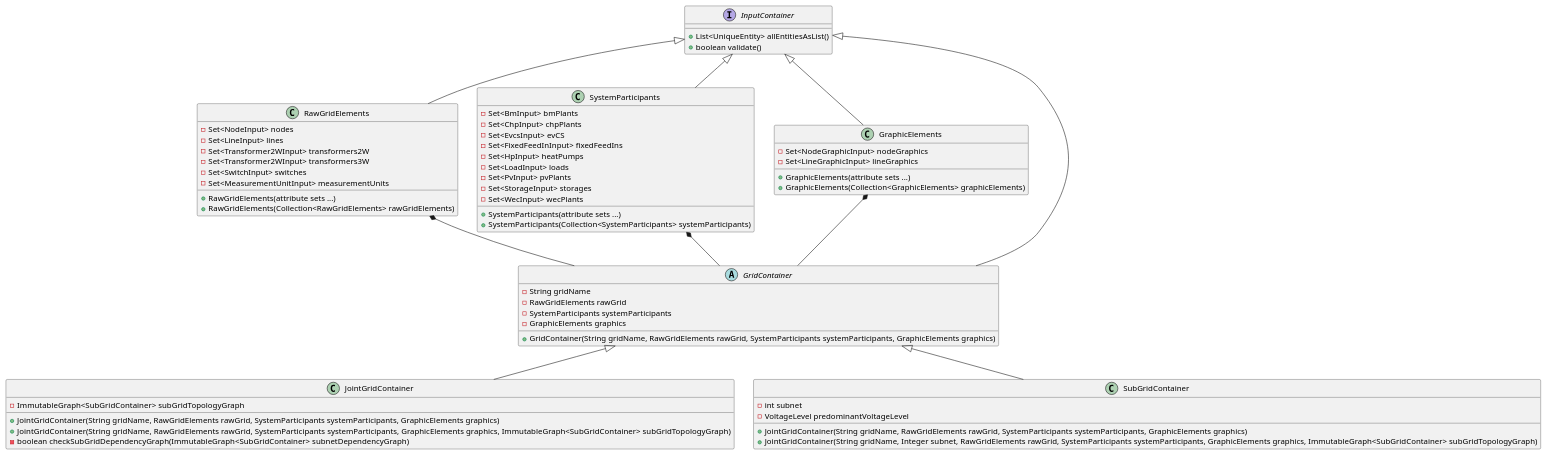
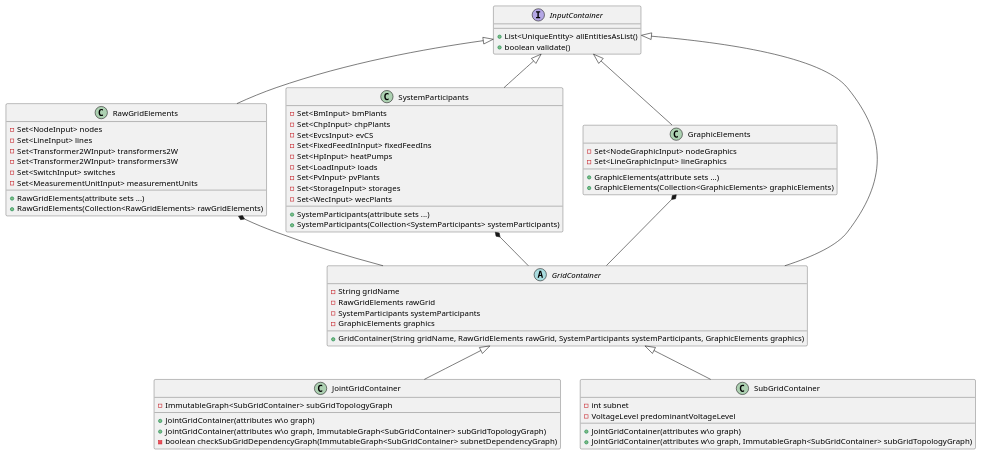
The diagram in docs/uml/ModelContainerConcept.puml (ie3-institute/PowerSystemDataModel), drawn with PlantUML before and after one commit. The commit also changed 9 other files, not shown here.

```diff
--- a/docs/uml/ModelContainerConcept.puml
+++ b/docs/uml/ModelContainerConcept.puml
@@ -1,69 +1,69 @@
 @startuml
 Interface InputContainer {
     + List<UniqueEntity> allEntitiesAsList()
     + boolean validate()
 }
 
 Class RawGridElements {
     - Set<NodeInput> nodes
     - Set<LineInput> lines
     - Set<Transformer2WInput> transformers2W
     - Set<Transformer2WInput> transformers3W
     - Set<SwitchInput> switches
     - Set<MeasurementUnitInput> measurementUnits
     + RawGridElements(attribute sets ...)
     + RawGridElements(Collection<RawGridElements> rawGridElements)
 }
 InputContainer <|-- RawGridElements
 
 Class SystemParticipants {
   - Set<BmInput> bmPlants
   - Set<ChpInput> chpPlants
   - Set<EvcsInput> evCS
   - Set<FixedFeedInInput> fixedFeedIns
   - Set<HpInput> heatPumps
   - Set<LoadInput> loads
   - Set<PvInput> pvPlants
   - Set<StorageInput> storages
   - Set<WecInput> wecPlants
   + SystemParticipants(attribute sets ...)
   + SystemParticipants(Collection<SystemParticipants> systemParticipants)
 }
 InputContainer <|-- SystemParticipants
 
 Class GraphicElements {
   - Set<NodeGraphicInput> nodeGraphics
   - Set<LineGraphicInput> lineGraphics
   + GraphicElements(attribute sets ...)
   + GraphicElements(Collection<GraphicElements> graphicElements)
 }
 InputContainer <|-- GraphicElements
 
 Abstract Class GridContainer {
   - String gridName
   - RawGridElements rawGrid
   - SystemParticipants systemParticipants
   - GraphicElements graphics
   + GridContainer(String gridName, RawGridElements rawGrid, SystemParticipants systemParticipants, GraphicElements graphics)
 }
 InputContainer <|-- GridContainer
 RawGridElements *-- GridContainer
 SystemParticipants *-- GridContainer
 GraphicElements *-- GridContainer
 
 Class JointGridContainer {
   - ImmutableGraph<SubGridContainer> subGridTopologyGraph
-  + JointGridContainer(String gridName, RawGridElements rawGrid, SystemParticipants systemParticipants, GraphicElements graphics)
-  + JointGridContainer(String gridName, RawGridElements rawGrid, SystemParticipants systemParticipants, GraphicElements graphics, ImmutableGraph<SubGridContainer> subGridTopologyGraph)
+  + JointGridContainer(attributes w\o graph)
+  + JointGridContainer(attributes w\o graph, ImmutableGraph<SubGridContainer> subGridTopologyGraph)
   - boolean checkSubGridDependencyGraph(ImmutableGraph<SubGridContainer> subnetDependencyGraph)
 }
 GridContainer <|-- JointGridContainer
 
 Class SubGridContainer{
   - int subnet
   - VoltageLevel predominantVoltageLevel
-  + JointGridContainer(String gridName, RawGridElements rawGrid, SystemParticipants systemParticipants, GraphicElements graphics)
-  + JointGridContainer(String gridName, Integer subnet, RawGridElements rawGrid, SystemParticipants systemParticipants, GraphicElements graphics, ImmutableGraph<SubGridContainer> subGridTopologyGraph)
+  + JointGridContainer(attributes w\o graph)
+  + JointGridContainer(attributes w\o graph, ImmutableGraph<SubGridContainer> subGridTopologyGraph)
 }
 GridContainer <|-- SubGridContainer
 @enduml
```
